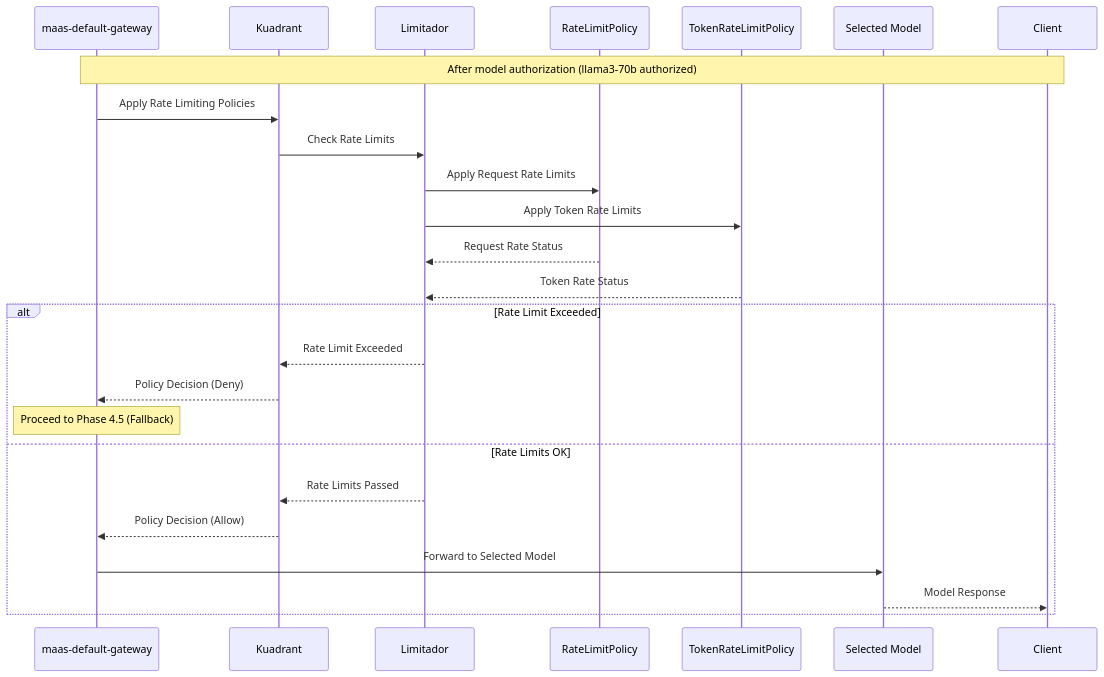
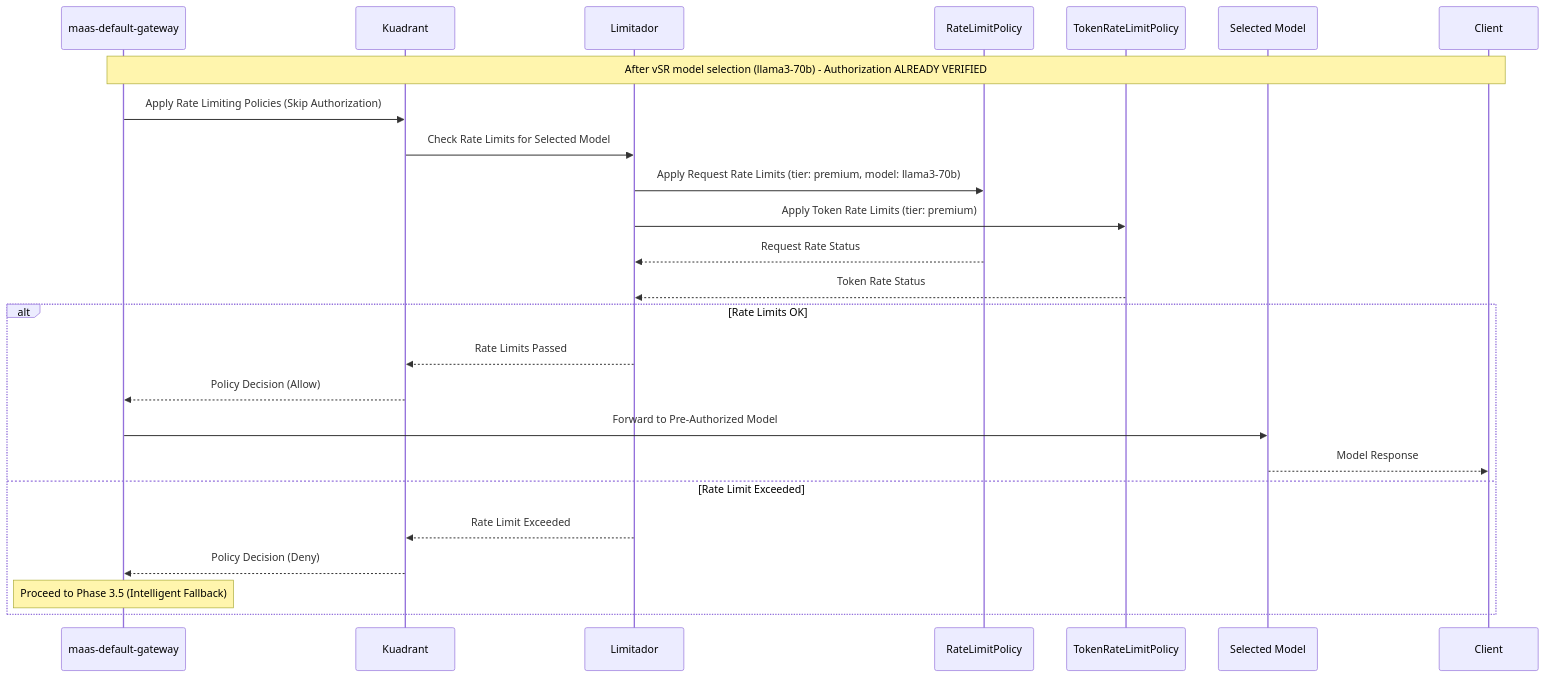
Before and after one commit to noyitz/maas-billing: diagram 14 of 18 in docs/designs/vSR-Integration/README.md, drawn with Mermaid. The commit also changed other lines of this file, not shown here.

````diff
--- a/docs/designs/vSR-Integration/README.md
+++ b/docs/designs/vSR-Integration/README.md
@@ -456,29 +628,29 @@
 ```mermaid
 sequenceDiagram
     participant Gateway as maas-default-gateway
     participant Kuadrant
     participant Limitador
     participant RateLimitPolicy
     participant TokenRateLimitPolicy
     participant KServe as Selected Model
     participant Client
     
-    Note over Gateway,Client: After model authorization (llama3-70b authorized)
-    Gateway->>Kuadrant: Apply Rate Limiting Policies
-    Kuadrant->>Limitador: Check Rate Limits
-    Limitador->>RateLimitPolicy: Apply Request Rate Limits
-    Limitador->>TokenRateLimitPolicy: Apply Token Rate Limits
+    Note over Gateway,Client: After vSR model selection (llama3-70b) - Authorization ALREADY VERIFIED
+    Gateway->>Kuadrant: Apply Rate Limiting Policies (Skip Authorization)
+    Kuadrant->>Limitador: Check Rate Limits for Selected Model
+    Limitador->>RateLimitPolicy: Apply Request Rate Limits (tier: premium, model: llama3-70b)
+    Limitador->>TokenRateLimitPolicy: Apply Token Rate Limits (tier: premium)
     RateLimitPolicy-->>Limitador: Request Rate Status
     TokenRateLimitPolicy-->>Limitador: Token Rate Status
     
-    alt Rate Limit Exceeded
+    alt Rate Limits OK
+        Limitador-->>Kuadrant: Rate Limits Passed
+        Kuadrant-->>Gateway: Policy Decision (Allow)
+        Gateway->>KServe: Forward to Pre-Authorized Model
+        KServe-->>Client: Model Response
+    else Rate Limit Exceeded
         Limitador-->>Kuadrant: Rate Limit Exceeded
         Kuadrant-->>Gateway: Policy Decision (Deny)
-        Note over Gateway: Proceed to Phase 4.5 (Fallback)
-    else Rate Limits OK
-        Limitador-->>Kuadrant: Rate Limits Passed
-        Kuadrant-->>Gateway: Policy Decision (Allow)
-        Gateway->>KServe: Forward to Selected Model
-        KServe-->>Client: Model Response
+        Note over Gateway: Proceed to Phase 3.5 (Intelligent Fallback)
     end
 ```
````
